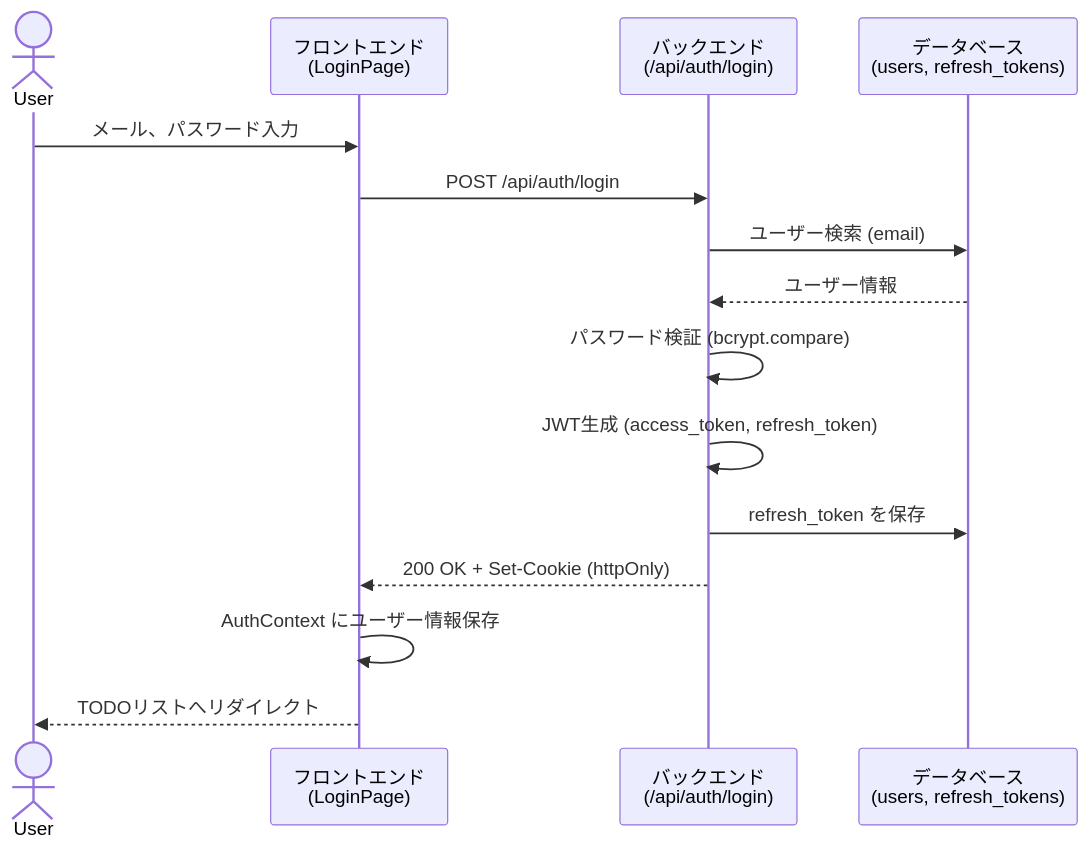
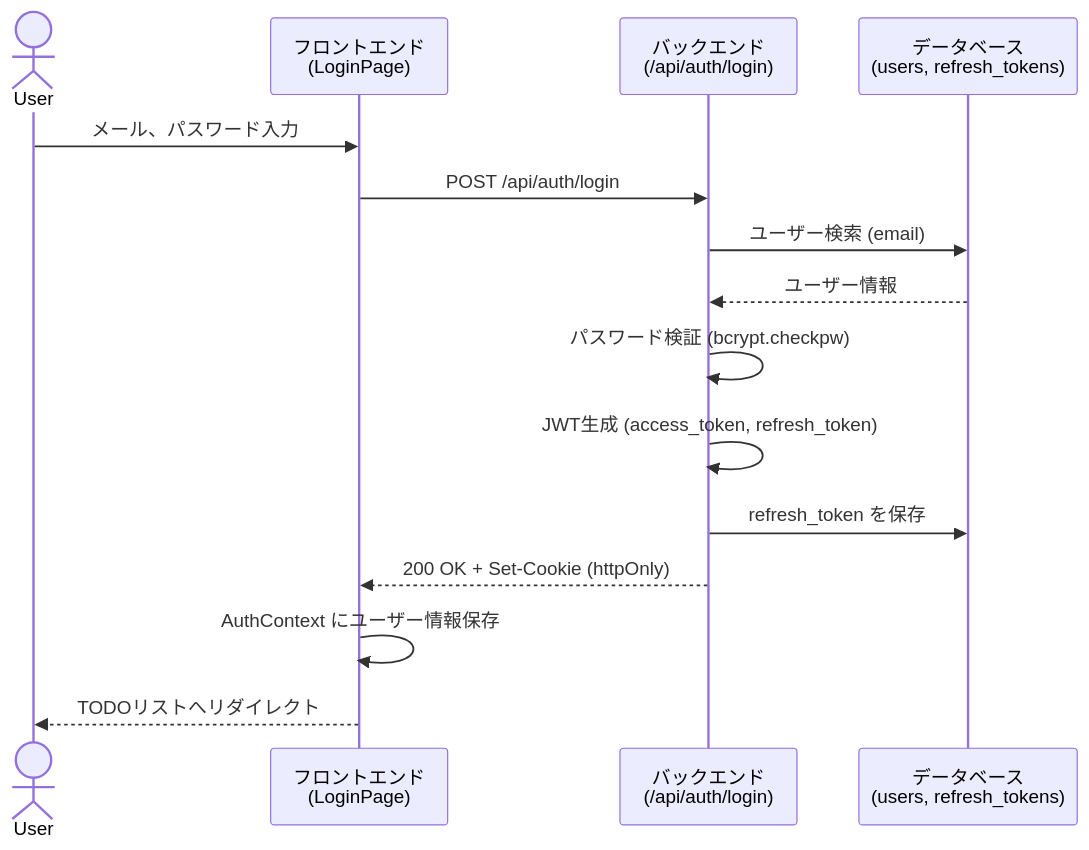
The first of 3 diagrams in docs/authentication-authorization.md (TomokiIshimine/fullstack-app-with-claude), drawn with Mermaid before and after one commit. The commit also changed other lines of this file and 5 other files, not shown here.

````diff
--- a/docs/authentication-authorization.md
+++ b/docs/authentication-authorization.md
@@ -39,18 +39,18 @@
 ```mermaid
 sequenceDiagram
     actor User
     participant UI as フロントエンド<br/>(LoginPage)
     participant API as バックエンド<br/>(/api/auth/login)
     participant DB as データベース<br/>(users, refresh_tokens)
 
     User->>UI: メール、パスワード入力
     UI->>API: POST /api/auth/login
     API->>DB: ユーザー検索 (email)
     DB-->>API: ユーザー情報
-    API->>API: パスワード検証 (bcrypt.compare)
+    API->>API: パスワード検証 (bcrypt.checkpw)
     API->>API: JWT生成 (access_token, refresh_token)
     API->>DB: refresh_token を保存
     API-->>UI: 200 OK + Set-Cookie (httpOnly)
     UI->>UI: AuthContext にユーザー情報保存
     UI-->>User: TODOリストへリダイレクト
 ```
````
